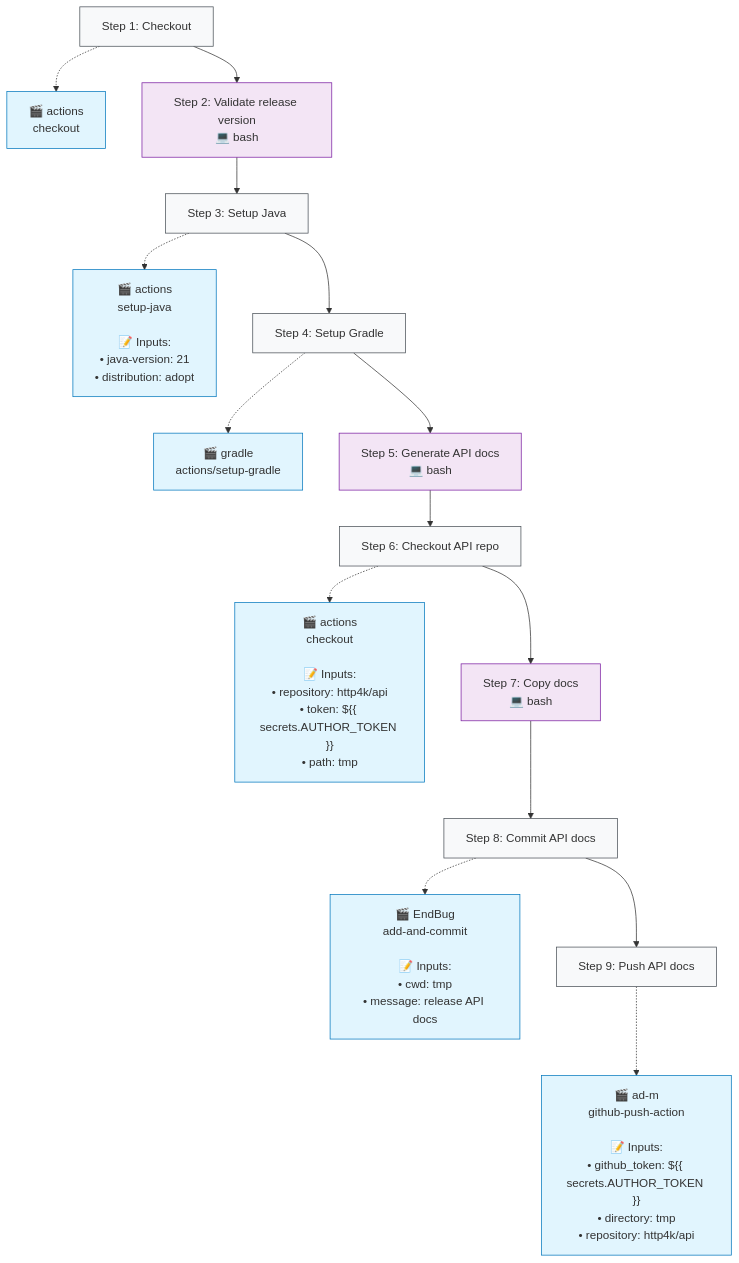
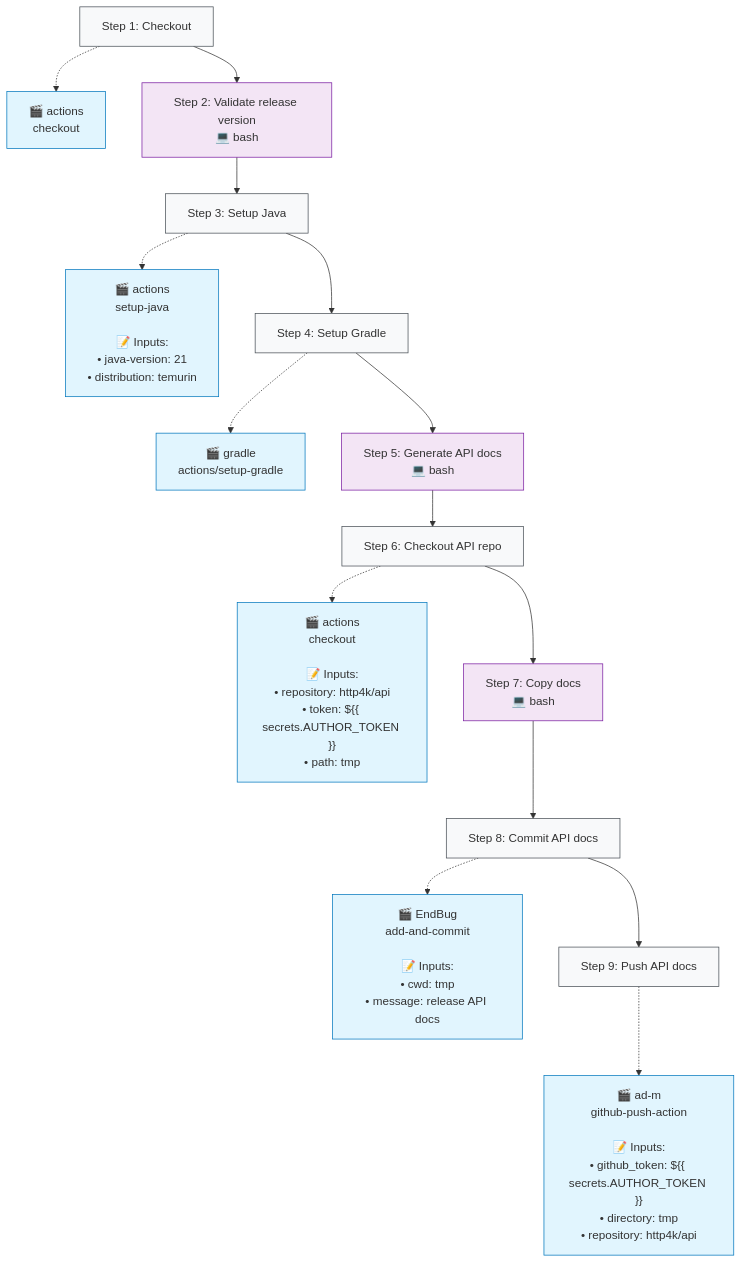
One commit to http4k/http4k changed the second of 2 diagrams in .github/typeflows/release-api/README.md. Above: the diagram before and after it, drawn with Mermaid. The commit also changed 27 other files, not shown here.

````diff
--- a/.github/typeflows/release-api/README.md
+++ b/.github/typeflows/release-api/README.md
@@ -24,48 +24,48 @@
 ```mermaid
 %%{init: {"flowchart": {"curve": "basis"}}}%%
 flowchart TD
     step1["Step 1: Checkout"]
     style step1 fill:#f8f9fa,stroke:#495057
     action1["🎬 actions<br/>checkout"]
     style action1 fill:#e1f5fe,stroke:#0277bd
     step1 -.-> action1
     step2["Step 2: Validate release version<br/>💻 bash"]
     style step2 fill:#f3e5f5,stroke:#7b1fa2
     step1 --> step2
     step3["Step 3: Setup Java"]
     style step3 fill:#f8f9fa,stroke:#495057
-    action3["🎬 actions<br/>setup-java<br/><br/>📝 Inputs:<br/>• java-version: 21<br/>• distribution: adopt"]
+    action3["🎬 actions<br/>setup-java<br/><br/>📝 Inputs:<br/>• java-version: 21<br/>• distribution: temurin"]
     style action3 fill:#e1f5fe,stroke:#0277bd
     step3 -.-> action3
     step2 --> step3
     step4["Step 4: Setup Gradle"]
     style step4 fill:#f8f9fa,stroke:#495057
     action4["🎬 gradle<br/>actions/setup-gradle"]
     style action4 fill:#e1f5fe,stroke:#0277bd
     step4 -.-> action4
     step3 --> step4
     step5["Step 5: Generate API docs<br/>💻 bash"]
     style step5 fill:#f3e5f5,stroke:#7b1fa2
     step4 --> step5
     step6["Step 6: Checkout API repo"]
     style step6 fill:#f8f9fa,stroke:#495057
     action6["🎬 actions<br/>checkout<br/><br/>📝 Inputs:<br/>• repository: http4k/api<br/>• token: ${{ secrets.AUTHOR_TOKEN }}<br/>• path: tmp"]
     style action6 fill:#e1f5fe,stroke:#0277bd
     step6 -.-> action6
     step5 --> step6
     step7["Step 7: Copy docs<br/>💻 bash"]
     style step7 fill:#f3e5f5,stroke:#7b1fa2
     step6 --> step7
     step8["Step 8: Commit API docs"]
     style step8 fill:#f8f9fa,stroke:#495057
     action8["🎬 EndBug<br/>add-and-commit<br/><br/>📝 Inputs:<br/>• cwd: tmp<br/>• message: release API docs"]
     style action8 fill:#e1f5fe,stroke:#0277bd
     step8 -.-> action8
     step7 --> step8
     step9["Step 9: Push API docs"]
     style step9 fill:#f8f9fa,stroke:#495057
     action9["🎬 ad-m<br/>github-push-action<br/><br/>📝 Inputs:<br/>• github_token: ${{ secrets.AUTHOR_TOKEN }}<br/>• directory: tmp<br/>• repository: http4k/api"]
     style action9 fill:#e1f5fe,stroke:#0277bd
     step9 -.-> action9
     step8 --> step9
 ```
````
